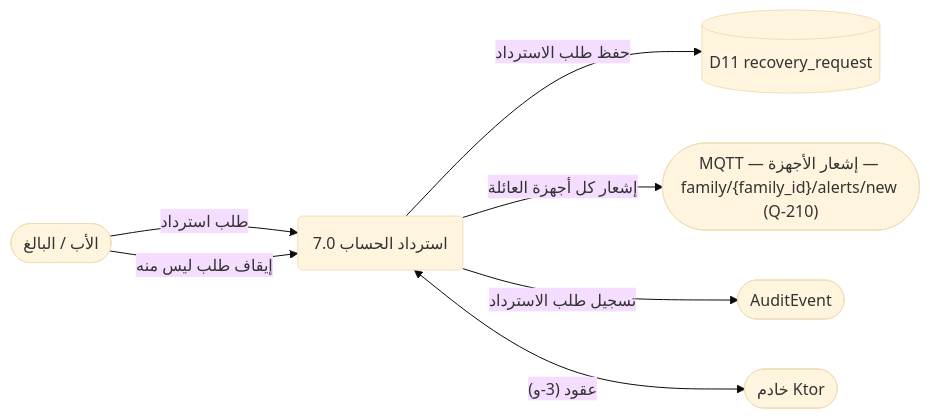
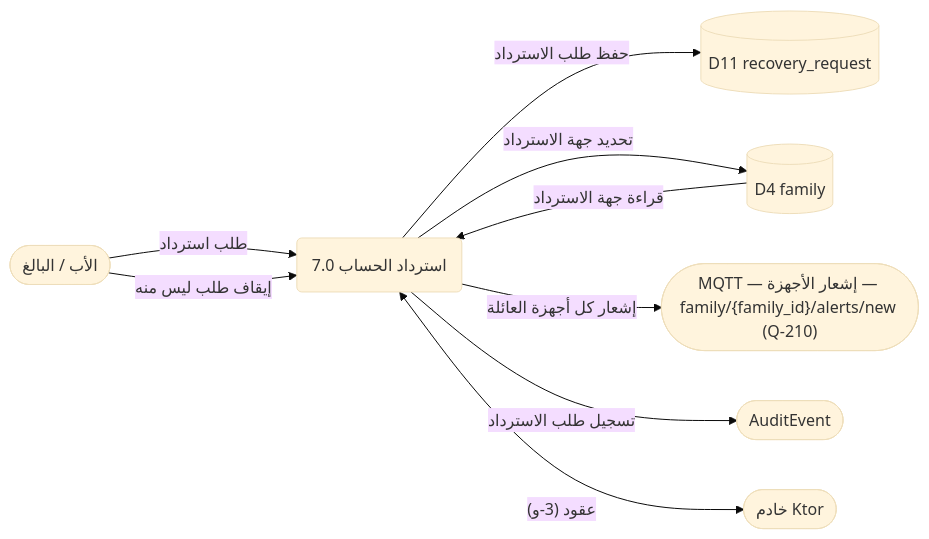
One commit to Bassam-mohammed-alqaeadi/family-os-v2 changed diagram 32 of 36 in docs/family-os/governance/phases/phase-1/S1-02-identity-and-onboarding/DIAGRAMS.md. Above: the diagram before and after it, drawn with Mermaid (base theme). The commit also changed other lines of this file, not shown here.

Commit message:
إغلاق الأسئلة (Q-439): S1-02 — حافة الاسترداد D4 في 5-و + حذف تنبيه Q-426 + رسائل rules-updated في 3-ل

````diff
--- a/docs/family-os/governance/phases/phase-1/S1-02-identity-and-onboarding/DIAGRAMS.md
+++ b/docs/family-os/governance/phases/phase-1/S1-02-identity-and-onboarding/DIAGRAMS.md
@@ -1210,16 +1215,19 @@
 ```mermaid
 flowchart LR
     Father([الأب / البالغ])
     P7(7.0 استرداد الحساب)
     D11[(D11 recovery_request)]
+    D4[(D4 family)]
     MQTT(["MQTT — إشعار الأجهزة — family/{family_id}/alerts/new (Q-210)"])
     Ktor([خادم Ktor])
     Audit([AuditEvent])
 
     Father -->|طلب استرداد| P7
     Father -->|إيقاف طلب ليس منه| P7
     P7 -->|حفظ طلب الاسترداد| D11
+    P7 -->|تحديد جهة الاسترداد| D4
+    D4 -->|قراءة جهة الاسترداد| P7
     P7 -->|إشعار كل أجهزة العائلة| MQTT
     P7 -->|تسجيل طلب الاسترداد| Audit
     P7 <-->|"عقود (3-و)"| Ktor
 ```
````
